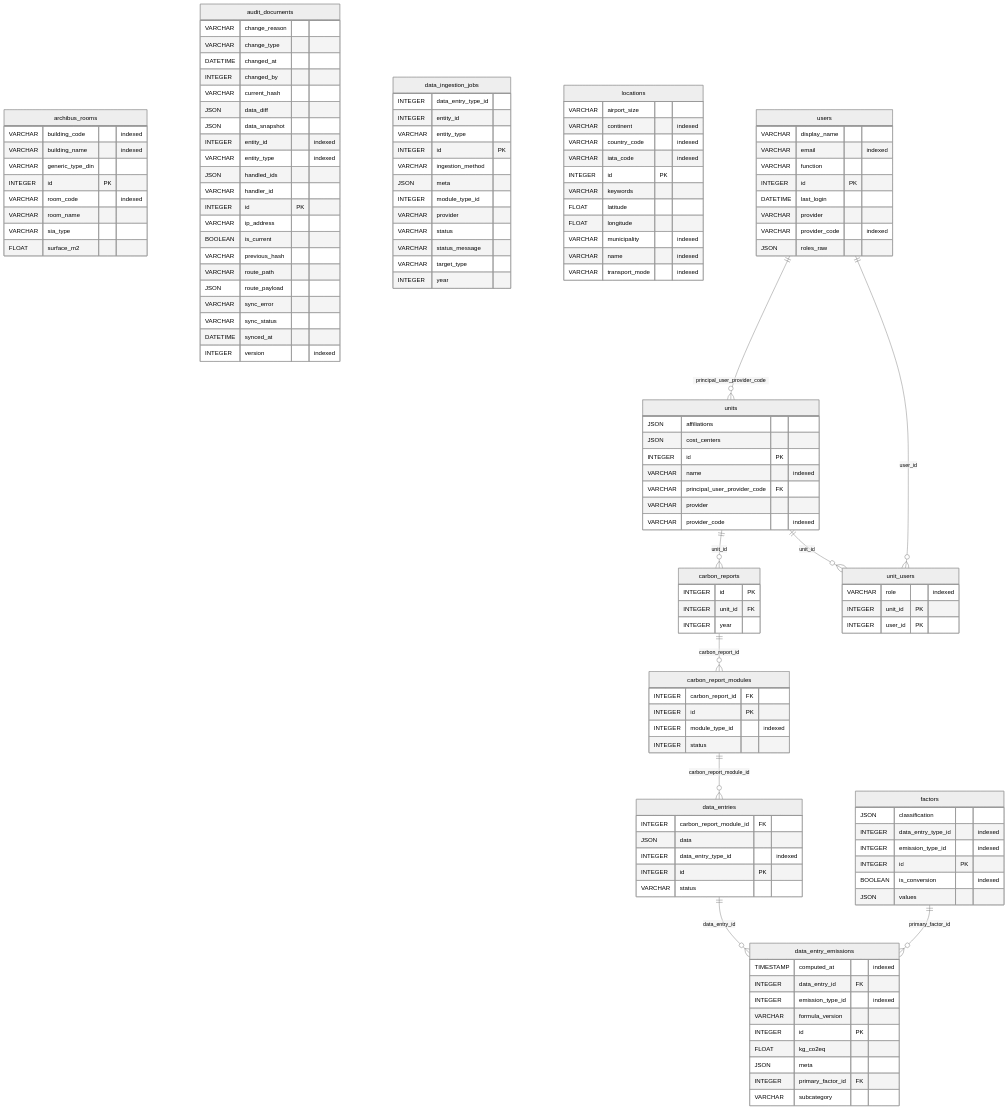
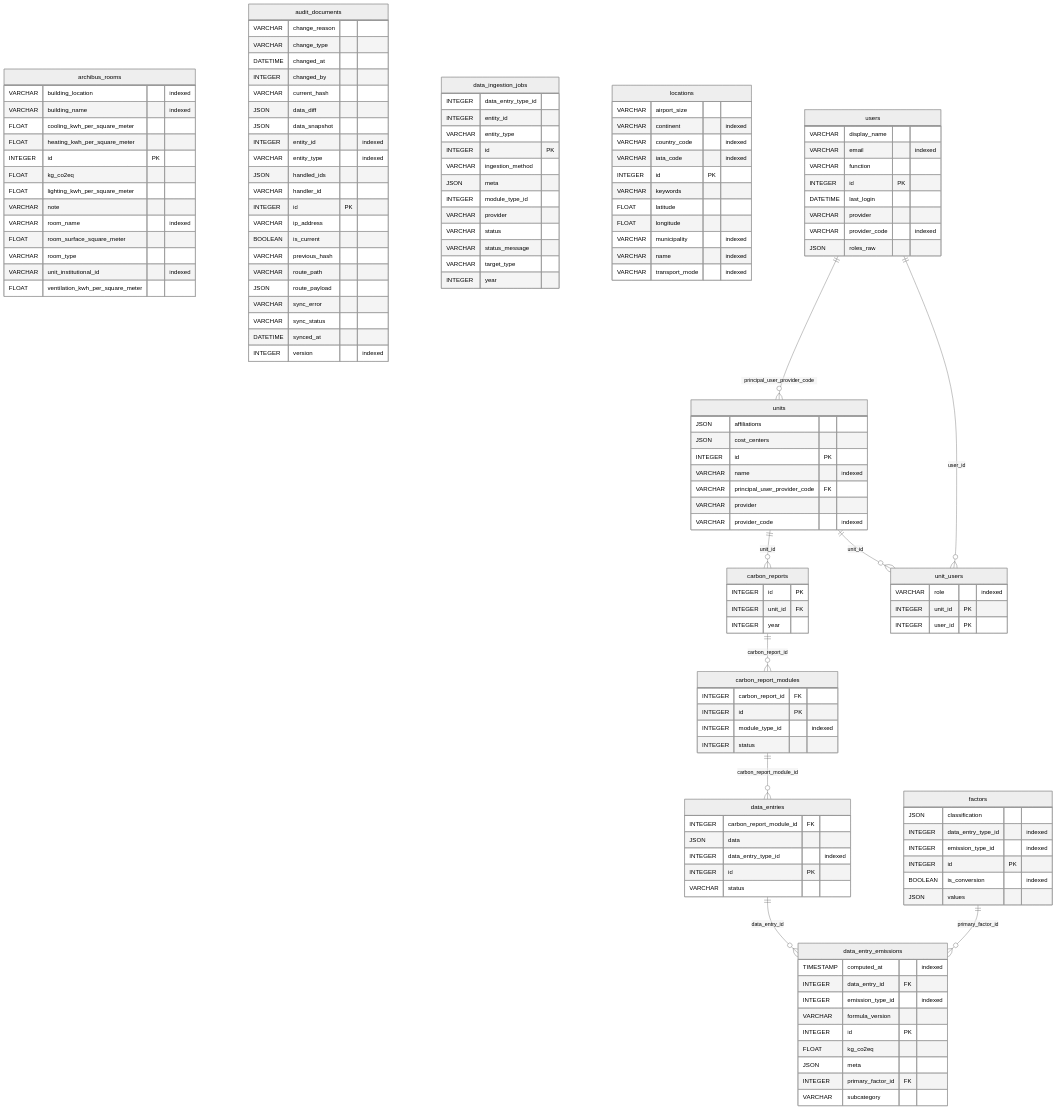
One commit to EPFL-ENAC/co2-calculator changed the diagram in docs/src/database/erd.md. Above: the diagram before and after it, drawn with Mermaid (neutral theme). The commit also changed 6 other files, not shown here.

Commit message:
feat(archibus): replace building/room codes with unit-based filtering and energy fields

````diff
--- a/docs/src/database/erd.md
+++ b/docs/src/database/erd.md
@@ -3,14 +3,19 @@
 ```mermaid
 erDiagram
   archibus_rooms {
-    VARCHAR building_code "indexed"
+    VARCHAR building_location "indexed"
     VARCHAR building_name "indexed"
-    VARCHAR generic_type_din
+    FLOAT cooling_kwh_per_square_meter
+    FLOAT heating_kwh_per_square_meter
     INTEGER id PK
-    VARCHAR room_code "indexed"
-    VARCHAR room_name
-    VARCHAR sia_type
-    FLOAT surface_m2
+    FLOAT kg_co2eq
+    FLOAT lighting_kwh_per_square_meter
+    VARCHAR note
+    VARCHAR room_name "indexed"
+    FLOAT room_surface_square_meter
+    VARCHAR room_type
+    VARCHAR unit_institutional_id "indexed"
+    FLOAT ventilation_kwh_per_square_meter
   }
   audit_documents {
     VARCHAR change_reason
````
